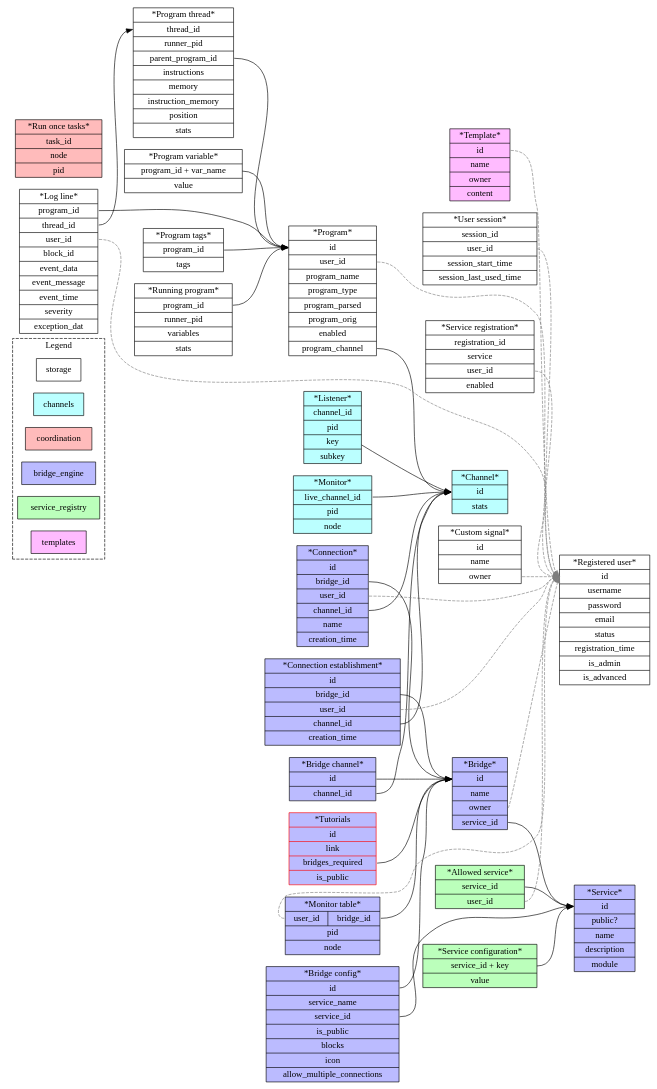
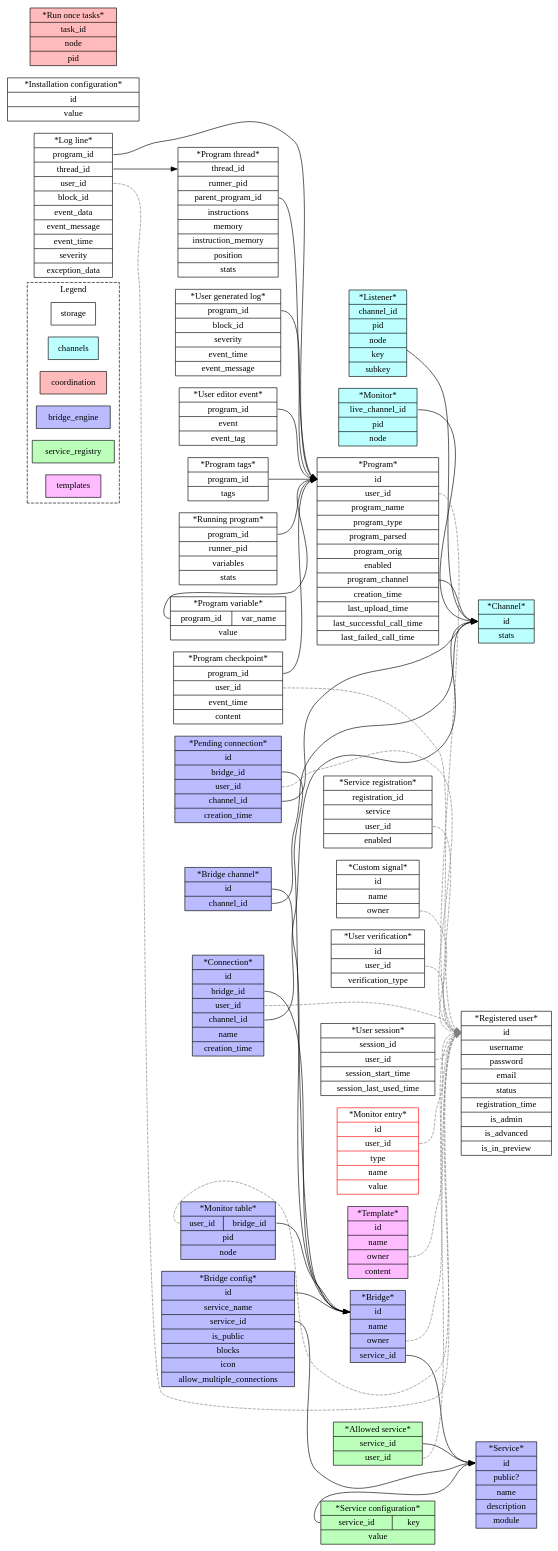
Before and after one commit to programaker-project/Programaker-Core: the diagram in docs/diagrams/db-model.gv, drawn with Graphviz. The commit also changed 1 other file, not shown here.

Commit message:
Update Database diagram.

```diff
--- a/docs/diagrams/db-model.gv
+++ b/docs/diagrams/db-model.gv
@@ -1,164 +1,180 @@
 digraph g {
   rankdir=LR
   node[shape=record];
   style=dashed;
 
   subgraph cluster_legend {
     label="Legend"
 
     storage;
     channels[style=filled,fillcolor="#bbffff"];
     coordination[style=filled,fillcolor="#ffbbbb"]
     bridge_engine[style=filled,fillcolor="#bbbbff"];
     service_registry[style=filled,fillcolor="#bbffbb"]
     templates[style=filled,fillcolor="#ffbbff"]
   }
 
 
   subgraph group_core_channels {
     label="Channels";
     node[style=filled,fillcolor="#bbffff"];
 
 
     // LIVE_CHANNELS_TABLE | automate_channel_engine_live_channels_table
     live_channels_table_entry[label="*Channel* | <pk> id | stats"];
 
     // LISTENERS_TABLE | automate_channel_engine_listeners_table
-    listeners_table_entry[label="*Listener*| <f0> channel_id | pid | key | subkey"];
+    listeners_table_entry[label="*Listener*| <f0> channel_id | pid | node | key | subkey"];
     listeners_table_entry -> live_channels_table_entry:pk;
 
     // MONITORS_TABLE | automate_channel_engine_monitors_table
     monitors_table_entry[label="*Monitor* | <f0> live_channel_id | pid | node"];
     monitors_table_entry:f0 -> live_channels_table_entry:pk;
   }
 
   subgraph group_core_storage {
     label="Storage";
 
     // REGISTERED_USERS_TABLE | automate_registered_users
-    registered_user_entry[label="*Registered user* | <pk> id | username | password | email | status | registration_time | is_admin | is_advanced"];
+    registered_user_entry[label="*Registered user* | <pk> id | username | password | email | status | registration_time | is_admin | is_advanced | is_in_preview"];
 
     // USER_SESSIONS_TABLE | automate_user_sessions
     user_session_entry[label="*User session* | <pk> session_id | <f0> user_id | session_start_time | session_last_used_time"];
     user_session_entry:f0 -> registered_user_entry:pk[style=dashed,color="#7f7f7f"];
 
     // // USER_MONITORS_TABLE | automate_user_monitors
-    // monitor_entry[label="*Monitor entry* | <pk> id | <f0> user_id | type | name | value"];
-
-    // monitor_entry:f0 -> registered_user_entry:pk[style=dashed,color="#7f7f7f"];
+    monitor_entry[color=red,
+                  label="*Monitor entry* | <pk> id | <f0> user_id | type | name | value"];
+    monitor_entry:f0 -> registered_user_entry:pk[style=dashed,color="#7f7f7f"];
 
     // USER_PROGRAMS_TABLE | automate_user_programs
-    user_program_entry[label="*Program* | <pk> id | <f0> user_id | program_name | program_type | program_parsed | program_orig | enabled | <f1> program_channel"];
+    user_program_entry[label="*Program* | <pk> id | <f0> user_id | program_name | program_type | program_parsed | program_orig | enabled | <f1> program_channel | creation_time | last_upload_time | last_successful_call_time | last_failed_call_time"];
     user_program_entry:f0 -> registered_user_entry:pk[style=dashed,color="#7f7f7f"];
     user_program_entry:f1 -> live_channels_table_entry:pk;
 
     // USER_PROGRAMS_LOGS_TABLE | automate_user_program_logs
-    user_program_logs_entry[label="*Log line* | <f0> program_id | <f1> thread_id | <f2> user_id | block_id | event_data | event_message | event_time | severity | exception_dat"];
+    user_program_logs_entry[label="*Log line* | <f0> program_id | <f1> thread_id | <f2> user_id | block_id | event_data | event_message | event_time | severity | exception_data"];
     user_program_logs_entry:f0 -> user_program_entry:pk;
     user_program_logs_entry:f2 -> registered_user_entry:pk[style=dashed,color="#7f7f7f"];
+
+    // USER_GENERATED_LOGS_TABLE | automate_user_generated_logs
+    user_generated_log_entry[label="*User generated log* | <f0> program_id | block_id | severity | event_time | event_message"]
+    user_generated_log_entry:f0 -> user_program_entry:pk;
+
+    // USER_PROGRAM_EVENTS_TABLE | automate_user_program_events
+    user_program_editor_event[label="*User editor event* | <f0> program_id | event | event_tag"]
+    user_program_editor_event:f0 -> user_program_entry:pk;
+
+    // USER_PROGRAM_CHECKPOINTS_TABLE | automate_user_program_checkpoints
+    user_program_checkpoint[label="*Program checkpoint* | <f0> program_id | <f1> user_id | event_time | content"]
+    user_program_checkpoint:f0 -> user_program_entry:pk;
+    user_program_checkpoint:f1 -> registered_user_entry:pk[style=dashed,color="#7f7f7f"];
 
     // PROGRAM_TAGS_TABLE | automate_program_tags
     program_tags_entry[label="*Program tags* | <f0> program_id | tags"];
     program_tags_entry:f0 -> user_program_entry:pk;
 
     // RUNNING_PROGRAMS_TABLE | automate_running_programs
     running_program_entry[label="*Running program*| <f0> program_id | runner_pid | variables | stats"];
     running_program_entry:f0 -> user_program_entry:pk;
 
     // RUNNING_THREADS_TABLE | automate_running_program_threads
     running_program_thread_entry[label="*Program thread* | <pk> thread_id | runner_pid | <f0> parent_program_id | instructions | memory | instruction_memory | position | stats"];
     user_program_logs_entry:f1 -> running_program_thread_entry:pk;
     running_program_thread_entry:f0 -> user_program_entry:pk;
 
     // REGISTERED_SERVICES_TABLE | automate_registered_services
     registered_service_entry[label="*Service registration* | <pk> registration_id | <f0> service |  <f1> user_id | enabled"];
     registered_service_entry:f1 -> registered_user_entry:pk[style=dashed,color="#7f7f7f"];
 
     // PROGRAM_VARIABLE_TABLE | automate_program_variable_table
-    program_variable_table_entry[label="*Program variable* | <f0> program_id + var_name | value"];
+    program_variable_table_entry[label="*Program variable* | {<f0> program_id | var_name} | value"];
     program_variable_table_entry:f0 -> user_program_entry:pk;  // Not sure if user program or running program
 
     // CUSTOM_SIGNALS_TABLE | automate_custom_signals_table
     custom_signal_entry[label="*Custom signal* | <pk> id | name | <f0> owner"];
     custom_signal_entry:f0 -> registered_user_entry:pk[style=dashed,color="#7f7f7f"];
+
+    // INSTALLATION_CONFIGURATION_TABLE | automate_installation_configuration
+    storage_configuration_entry[label="*Installation configuration* | <pk> id | value"];
+
+    // USER_VERIFICATION_TABLE | automate_user_verification_table
+    user_verification_entry[label="*User verification* | <pk> id | <f0> user_id | verification_type"]
+    user_verification_entry:f0 -> registered_user_entry:pk[style=dashed,color="#7f7f7f"];
   }
 
   subgraph group_coordination {
     label="Coordination";
     node[style=filled,fillcolor="#ffbbbb"];
 
     // RUN_ONCE_TASKS_TABLE | automate_coordination_run_once_tasks
     run_once_tasks_table_entry[label="*Run once tasks* | <pk> task_id | node | pid"]
   }
 
   subgraph group_bridges {
     label="Bridge engine";
 
     node[style=filled,fillcolor="#bbbbff"]
 
     // SERVICE_PORT_TABLE | automate_service_port_table
     service_port_entry[label="*Bridge* | <pk> id | name | <f0> owner | <f1> service_id"]
     service_port_entry:f0 -> registered_user_entry:pk[style=dashed,color="#7f7f7f"];
     service_port_entry:f1 -> services_table_entry:pk;
 
     // SERVICE_PORT_CONFIGURATION_TABLE | automate_service_port_configuration_table
     service_port_configuration[label="*Bridge config* | <pk> id | service_name | <f0> service_id | is_public | blocks | icon | allow_multiple_connections"]
     service_port_configuration:pk -> service_port_entry:pk;
     service_port_configuration:f0 -> services_table_entry:pk
 
 
     // SERVICE_PORT_CHANNEL_TABLE | automate_service_port_channel_table
     service_port_monitor_channel_entry[label="*Bridge channel* | <pk> id | <f0> channel_id"]
     service_port_monitor_channel_entry:pk -> service_port_entry:pk;
     service_port_monitor_channel_entry:f0 -> live_channels_table_entry:pk;
 
     // SERVICE_PORT_CHANNEL_MONITORS_TABLE | automate_service_port_channel_monitors_table
     channel_monitor_table_entry[label="*Monitor table* | {<f0> user_id|<f1> bridge_id} | pid | node"]
     channel_monitor_table_entry:f0 -> registered_user_entry:pk[style=dashed,color="#7f7f7f"];
     channel_monitor_table_entry:f1 -> service_port_entry:pk
 
-
-    connection_entry[
+    // USER_TO_BRIDGE_CONNECTION_TABLE | automate_service_port_channel_user_to_bridge_connection_table    // Bridge connection
+    user_to_bridge_connection_entry[
                      label="*Connection* | <pk> id | <f0> bridge_id | <f1> user_id | <f2> channel_id | name | creation_time"]
-    connection_entry:f0 -> service_port_entry:pk
-    connection_entry:f1 -> registered_user_entry:pk[style=dashed,color="#7f7f7f"];
-    connection_entry:f2 -> live_channels_table_entry:pk
+    user_to_bridge_connection_entry:f0 -> service_port_entry:pk
+    user_to_bridge_connection_entry:f1 -> registered_user_entry:pk[style=dashed,color="#7f7f7f"];
+    user_to_bridge_connection_entry:f2 -> live_channels_table_entry:pk
     // Connection data might store data from the bridges
 
-    pending_connection_entry[label="*Connection establishment* | <pk> id | <f0> bridge_id | <f1> user_id | <f2> channel_id | creation_time"]
+    pending_connection_entry[label="*Pending connection* | <pk> id | <f0> bridge_id | <f1> user_id | <f2> channel_id | creation_time"]
     pending_connection_entry:f0 -> service_port_entry:pk
     pending_connection_entry:f1 -> registered_user_entry:pk[style=dashed,color="#7f7f7f"];
     pending_connection_entry:f2 -> live_channels_table_entry:pk
-
-    tutorials[color=red,
-              label="*Tutorials | <pk> id | link | <f0> bridges_required | is_public"]
-    tutorials:f0 -> service_port_entry:pk
-
   }
 
-  subgraph group_core_services {
+  subgraph group_registry_services {
     label="Service registry";
     node[style=filled,fillcolor="#bbffbb"]
 
     // SERVICE_REGISTRY_TABLE | automate_service_registry_services_table
     services_table_entry[label="*Service* | <pk> id | public? | name | description | module"];
 
     // USER_SERVICE_ALLOWANCE_TABLE | automate_service_registry_user_service_allowance_table
     user_service_allowance_entry[label="*Allowed service*| <f0> service_id | <f1> user_id"];
     user_service_allowance_entry:f0 -> services_table_entry:pk;
     user_service_allowance_entry:f1 -> registered_user_entry:pk[style=dashed,color="#7f7f7f"];
 
     // SERVICE_CONFIGURATION_TABLE | automate_service_registry_service_configuration_table
-    service_configuration_entry[label="*Service configuration* | <pk> service_id + key | value "];
-    service_configuration_entry:pk -> services_table_entry:pk;
+    service_configuration_entry[label="*Service configuration* | { <f0> service_id | key } | value "];
+    service_configuration_entry:f0 -> services_table_entry:pk;
   }
 
   subgraph group_core_template_engine {
     label="Template engine"
     node[style=filled,fillcolor="#ffbbff"]
 
     // TEMPLATE_TABLE | automate_template_engine_templates_table
     template_entry[label="*Template* | <pk> id | name | <f0> owner | content"]
-    template_entry:pk -> registered_user_entry:pk[style=dashed,color="#7f7f7f"];
+    template_entry:f0 -> registered_user_entry:pk[style=dashed,color="#7f7f7f"];
+
   }
 }
```
